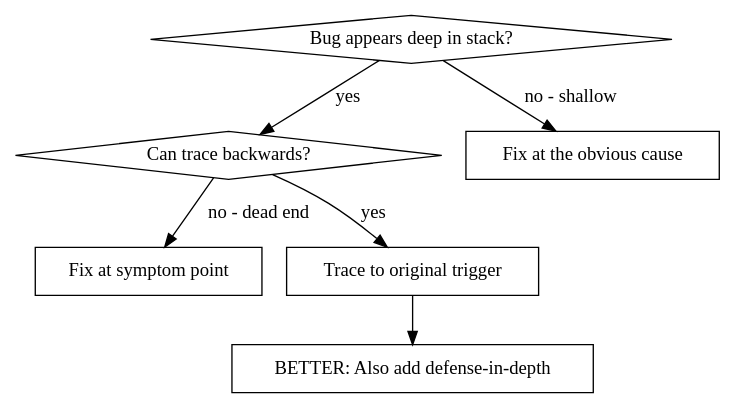
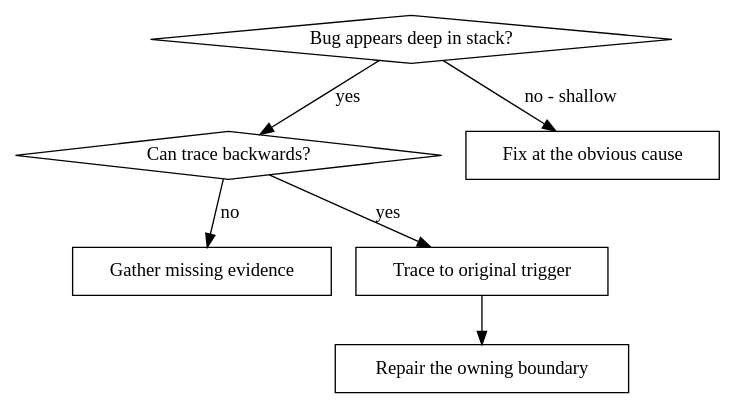
Before and after one commit to kirito41dd/k-superpowers: the first of 2 diagrams in skills/systematic-debugging/root-cause-tracing.md, drawn with Graphviz. The commit also changed other lines of this file and 10 other files, not shown here.

````diff
--- a/skills/systematic-debugging/root-cause-tracing.md
+++ b/skills/systematic-debugging/root-cause-tracing.md
@@ -11,16 +14,16 @@
 ```dot
 digraph when_to_use {
     "Bug appears deep in stack?" [shape=diamond];
     "Can trace backwards?" [shape=diamond];
-    "Fix at symptom point" [shape=box];
+    "Gather missing evidence" [shape=box];
     "Fix at the obvious cause" [shape=box];
     "Trace to original trigger" [shape=box];
-    "BETTER: Also add defense-in-depth" [shape=box];
+    "Repair the owning boundary" [shape=box];
 
     "Bug appears deep in stack?" -> "Can trace backwards?" [label="yes"];
     "Bug appears deep in stack?" -> "Fix at the obvious cause" [label="no - shallow"];
     "Can trace backwards?" -> "Trace to original trigger" [label="yes"];
-    "Can trace backwards?" -> "Fix at symptom point" [label="no - dead end"];
-    "Trace to original trigger" -> "BETTER: Also add defense-in-depth";
+    "Can trace backwards?" -> "Gather missing evidence" [label="no"];
+    "Trace to original trigger" -> "Repair the owning boundary";
 }
 ```
````
